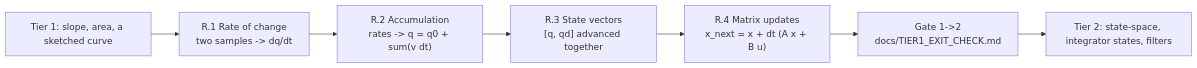
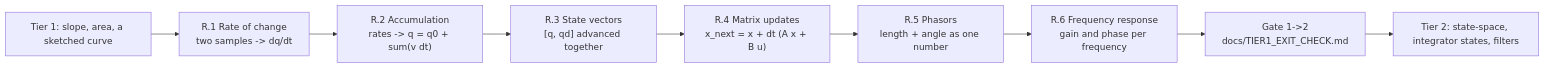
Before and after one commit to TLE47/Mechatronics-Roadmap: the diagram in ramp/README.md, drawn with Mermaid. The commit also changed other lines of this file and 6 other files, not shown here.

First line of the commit message:
Add ramp lessons R.5 and R.6 for phasors and frequency response

````diff
--- a/ramp/README.md
+++ b/ramp/README.md
@@ -9,9 +9,11 @@
 ```mermaid
 flowchart LR
     T1["Tier 1: slope, area, a sketched curve"] --> R1["R.1 Rate of change<br/>two samples -> dq/dt"]
     R1 --> R2["R.2 Accumulation<br/>rates -> q = q0 + sum(v dt)"]
     R2 --> R3["R.3 State vectors<br/>[q, qd] advanced together"]
     R3 --> R4["R.4 Matrix updates<br/>x_next = x + dt (A x + B u)"]
-    R4 --> Gate["Gate 1->2<br/>docs/TIER1_EXIT_CHECK.md"]
+    R4 --> R5["R.5 Phasors<br/>length + angle as one number"]
+    R5 --> R6["R.6 Frequency response<br/>gain and phase per frequency"]
+    R6 --> Gate["Gate 1->2<br/>docs/TIER1_EXIT_CHECK.md"]
     Gate --> T2["Tier 2: state-space, integrator states, filters"]
 ```
````
